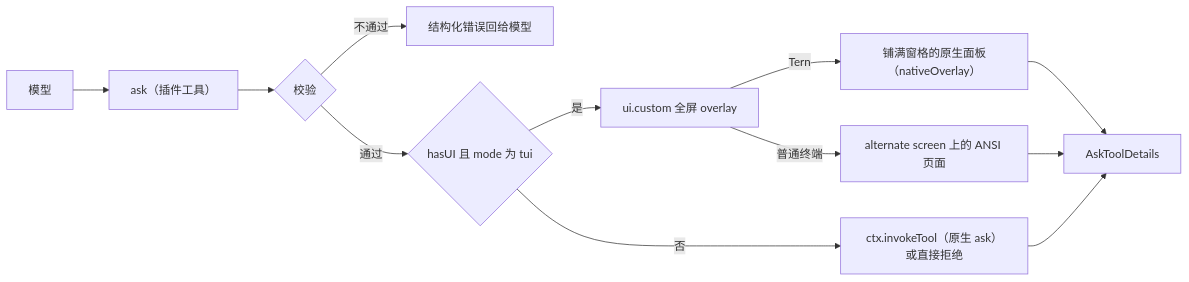
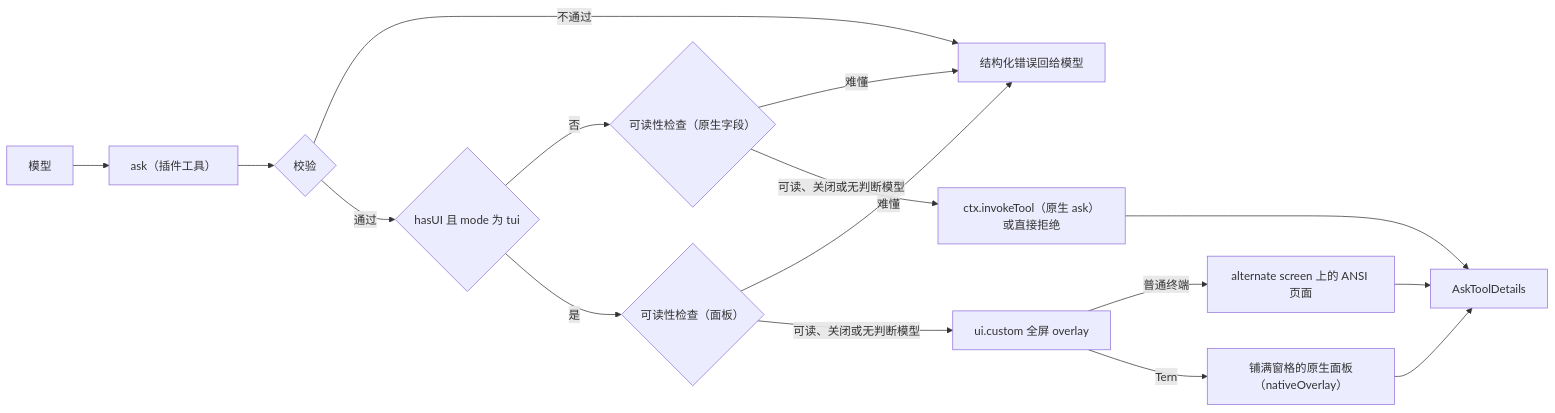
Before and after one commit to oh-my-omp/omp-ask-more: the first of 2 diagrams in docs/design.zh-CN.md, drawn with Mermaid. The commit also changed other lines of this file and 5 other files, not shown here.

````diff
--- a/docs/design.zh-CN.md
+++ b/docs/design.zh-CN.md
@@ -16,14 +16,18 @@
 ```mermaid
 flowchart LR
   m[模型] --> t["ask（插件工具）"]
   t --> v{校验}
   v -- 不通过 --> e[结构化错误回给模型]
   v -- 通过 --> u{"hasUI 且 mode 为 tui"}
-  u -- 否 --> n["ctx.invokeTool（原生 ask）或直接拒绝"]
-  u -- 是 --> o["ui.custom 全屏 overlay"]
+  u -- 否 --> rn{"可读性检查（原生字段）"}
+  u -- 是 --> rs{"可读性检查（面板）"}
+  rn -- 难懂 --> e
+  rs -- 难懂 --> e
+  rn -- "可读、关闭或无判断模型" --> n["ctx.invokeTool（原生 ask）或直接拒绝"]
+  rs -- "可读、关闭或无判断模型" --> o["ui.custom 全屏 overlay"]
   o -- "普通终端" --> c["alternate screen 上的 ANSI 页面"]
   o -- "Tern" --> p["铺满窗格的原生面板（nativeOverlay）"]
   p --> a[AskToolDetails]
   c --> a
   n --> a
 ```
````
